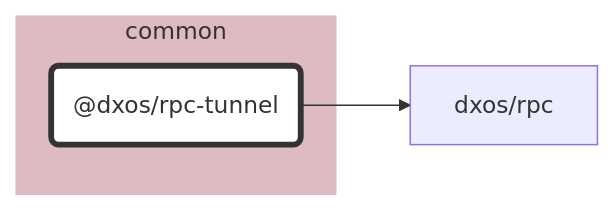
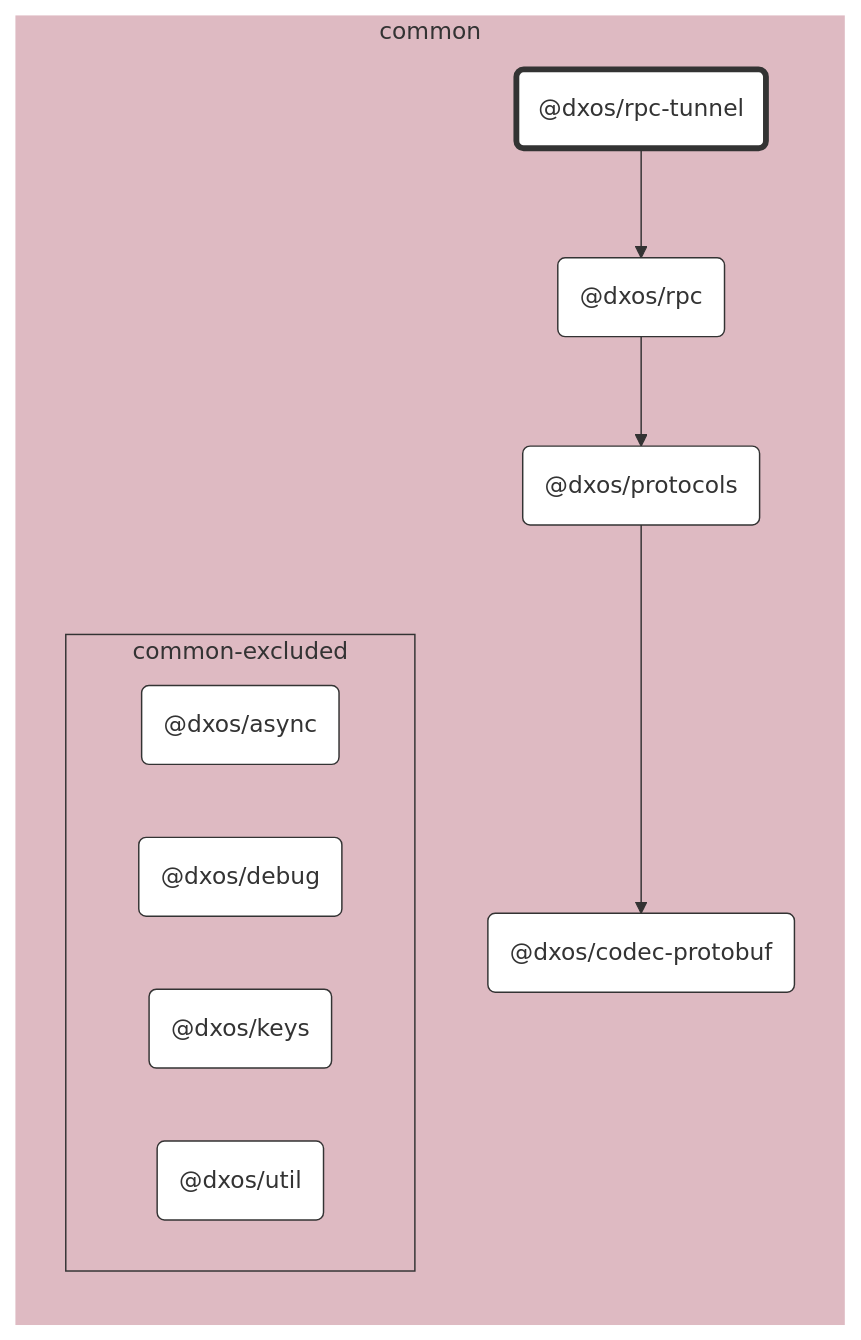
The diagram in packages/common/rpc-tunnel/docs/README.md (dxos/dxos), drawn with Mermaid before and after one commit. The commit also changed 69 other files, not shown here.

````diff
--- a/packages/common/rpc-tunnel/docs/README.md
+++ b/packages/common/rpc-tunnel/docs/README.md
@@ -7,21 +7,41 @@
 ```mermaid
 %%{ init: {'flowchart':{'curve':'basis'}} }%%
 
 flowchart LR
 
 %% Classes
 classDef def fill:#fff,stroke:#333,stroke-width:1px
 classDef root fill:#fff,stroke:#333,stroke-width:4px
 
 %% Nodes
 
 subgraph common [common]
   style common fill:#debac2,stroke:#fff
   dxos/rpc-tunnel("@dxos/rpc-tunnel"):::root
   click dxos/rpc-tunnel "dxos/dxos/tree/main/packages/common/rpc-tunnel/docs"
+  dxos/rpc("@dxos/rpc"):::def
+  click dxos/rpc "dxos/dxos/tree/main/packages/common/rpc/docs"
+  dxos/codec-protobuf("@dxos/codec-protobuf"):::def
+  click dxos/codec-protobuf "dxos/dxos/tree/main/packages/common/codec-protobuf/docs"
+  dxos/protocols("@dxos/protocols"):::def
+  click dxos/protocols "dxos/dxos/tree/main/packages/common/protocols/docs"
+
+  subgraph common-excluded [common-excluded]
+    style common-excluded fill:#debac2,stroke:#333,stroke-dashed:5 5
+    dxos/async("@dxos/async"):::def
+    click dxos/async "dxos/dxos/tree/main/packages/common/async/docs"
+    dxos/debug("@dxos/debug"):::def
+    click dxos/debug "dxos/dxos/tree/main/packages/common/debug/docs"
+    dxos/keys("@dxos/keys"):::def
+    click dxos/keys "dxos/dxos/tree/main/packages/common/keys/docs"
+    dxos/util("@dxos/util"):::def
+    click dxos/util "dxos/dxos/tree/main/packages/common/util/docs"
+  end
 end
 
 %% Links
 linkStyle default stroke:#333,stroke-width:1px
 dxos/rpc-tunnel --> dxos/rpc
+dxos/rpc --> dxos/protocols
+dxos/protocols --> dxos/codec-protobuf
 ```
````
